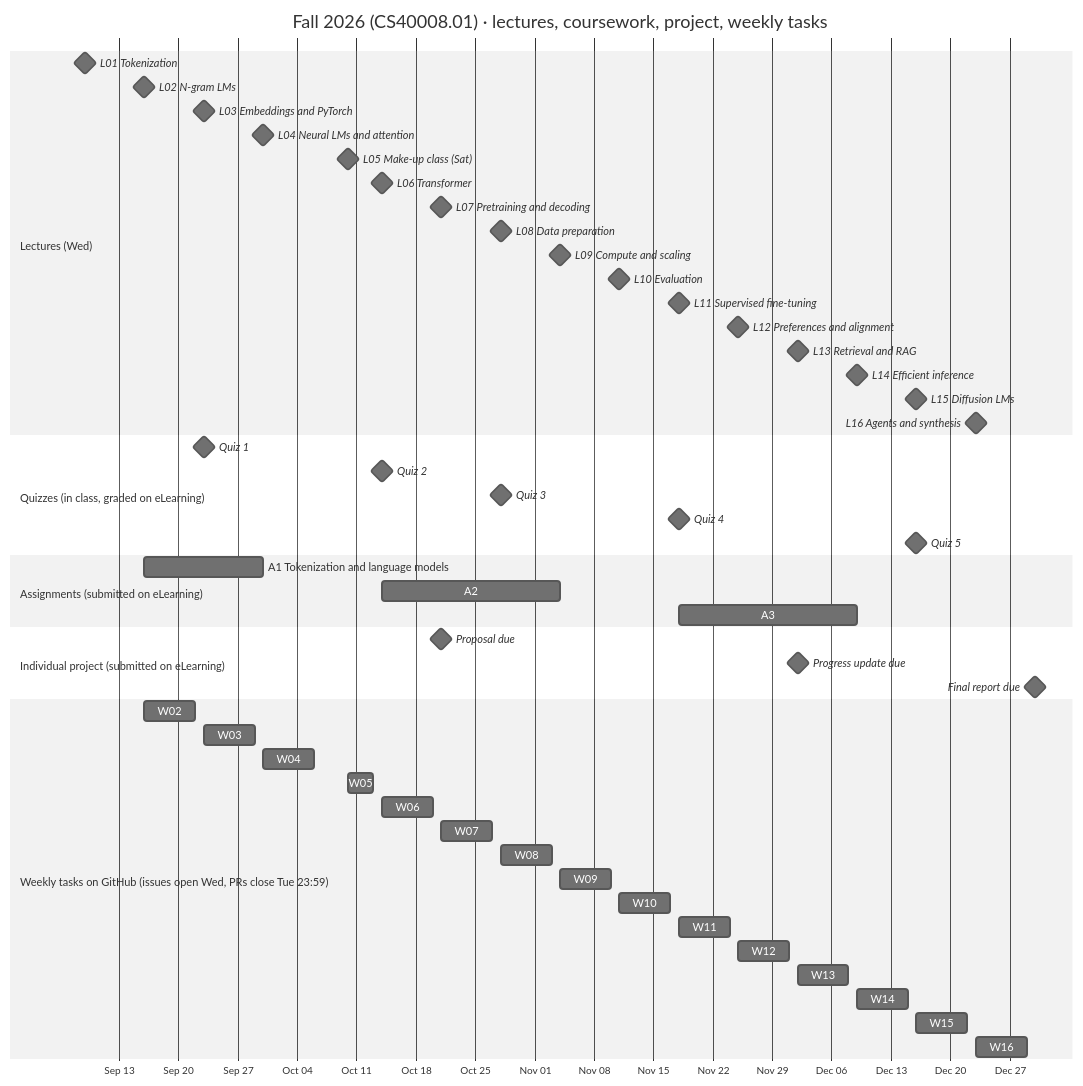
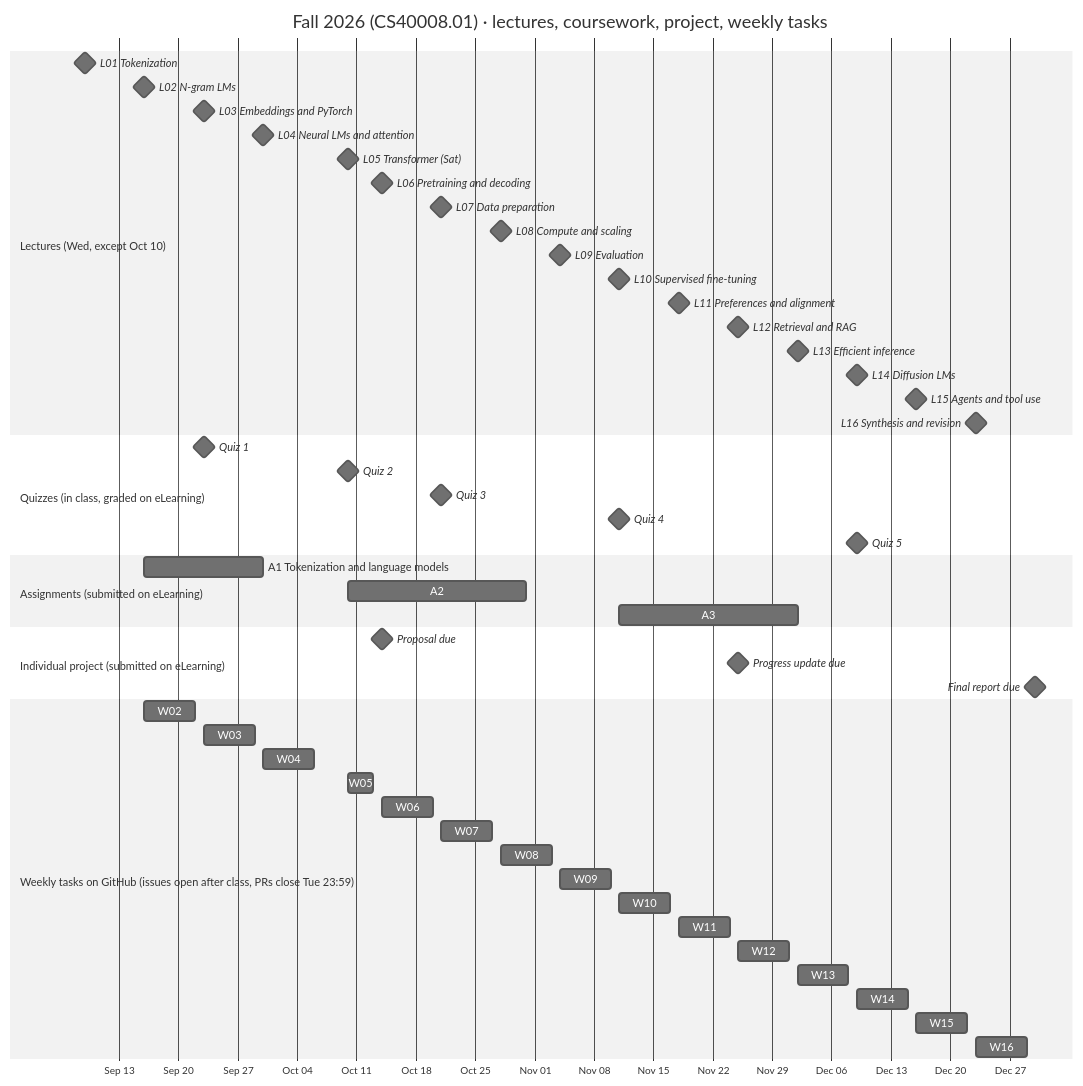
One commit to baojian/llm-26-fall changed the first of 3 diagrams in docs/participation-workflow.md. Above: the diagram before and after it, drawn with Mermaid (neutral theme). The commit also changed other lines of this file and 18 other files, not shown here.

````diff
--- a/docs/participation-workflow.md
+++ b/docs/participation-workflow.md
@@ -57,59 +57,59 @@
 ```mermaid
 gantt
     title Fall 2026 (CS40008.01) · lectures, coursework, project, weekly tasks
     dateFormat YYYY-MM-DD
     axisFormat %b %d
     todayMarker off
 
-    section Lectures (Wed)
+    section Lectures (Wed, except Oct 10)
     L01 Tokenization              :milestone, l01, 2026-09-09, 0d
     L02 N-gram LMs                :milestone, l02, 2026-09-16, 0d
     L03 Embeddings and PyTorch    :milestone, l03, 2026-09-23, 0d
     L04 Neural LMs and attention  :milestone, l04, 2026-09-30, 0d
-    L05 Make-up class (Sat)       :milestone, l05, 2026-10-10, 0d
-    L06 Transformer               :milestone, l06, 2026-10-14, 0d
-    L07 Pretraining and decoding  :milestone, l07, 2026-10-21, 0d
-    L08 Data preparation          :milestone, l08, 2026-10-28, 0d
-    L09 Compute and scaling       :milestone, l09, 2026-11-04, 0d
-    L10 Evaluation                :milestone, l10, 2026-11-11, 0d
-    L11 Supervised fine-tuning    :milestone, l11, 2026-11-18, 0d
-    L12 Preferences and alignment :milestone, l12, 2026-11-25, 0d
-    L13 Retrieval and RAG         :milestone, l13, 2026-12-02, 0d
-    L14 Efficient inference       :milestone, l14, 2026-12-09, 0d
-    L15 Diffusion LMs             :milestone, l15, 2026-12-16, 0d
-    L16 Agents and synthesis      :milestone, l16, 2026-12-23, 0d
+    L05 Transformer (Sat)         :milestone, l05, 2026-10-10, 0d
+    L06 Pretraining and decoding  :milestone, l06, 2026-10-14, 0d
+    L07 Data preparation          :milestone, l07, 2026-10-21, 0d
+    L08 Compute and scaling       :milestone, l08, 2026-10-28, 0d
+    L09 Evaluation                :milestone, l09, 2026-11-04, 0d
+    L10 Supervised fine-tuning    :milestone, l10, 2026-11-11, 0d
+    L11 Preferences and alignment :milestone, l11, 2026-11-18, 0d
+    L12 Retrieval and RAG         :milestone, l12, 2026-11-25, 0d
+    L13 Efficient inference       :milestone, l13, 2026-12-02, 0d
+    L14 Diffusion LMs             :milestone, l14, 2026-12-09, 0d
+    L15 Agents and tool use       :milestone, l15, 2026-12-16, 0d
+    L16 Synthesis and revision    :milestone, l16, 2026-12-23, 0d
 
     section Quizzes (in class, graded on eLearning)
     Quiz 1 :milestone, 2026-09-23, 0d
-    Quiz 2 :milestone, 2026-10-14, 0d
-    Quiz 3 :milestone, 2026-10-28, 0d
-    Quiz 4 :milestone, 2026-11-18, 0d
-    Quiz 5 :milestone, 2026-12-16, 0d
+    Quiz 2 :milestone, 2026-10-10, 0d
+    Quiz 3 :milestone, 2026-10-21, 0d
+    Quiz 4 :milestone, 2026-11-11, 0d
+    Quiz 5 :milestone, 2026-12-09, 0d
 
     section Assignments (submitted on eLearning)
     A1 Tokenization and language models :a1, 2026-09-16, 2026-09-30
-    A2                      :a2, 2026-10-14, 2026-11-04
-    A3                      :a3, 2026-11-18, 2026-12-09
+    A2                      :a2, 2026-10-10, 2026-10-31
+    A3                      :a3, 2026-11-11, 2026-12-02
 
     section Individual project (submitted on eLearning)
-    Proposal due        :milestone, 2026-10-21, 0d
-    Progress update due :milestone, 2026-12-02, 0d
+    Proposal due        :milestone, 2026-10-14, 0d
+    Progress update due :milestone, 2026-11-25, 0d
     Final report due    :milestone, 2026-12-30, 0d
 
-    section Weekly tasks on GitHub (issues open Wed, PRs close Tue 23:59)
+    section Weekly tasks on GitHub (issues open after class, PRs close Tue 23:59)
     W02 :t02, 2026-09-16, 2026-09-22
     W03 :t03, 2026-09-23, 2026-09-29
     W04 :t04, 2026-09-30, 2026-10-06
     W05 :t05, 2026-10-10, 2026-10-13
     W06 :t06, 2026-10-14, 2026-10-20
     W07 :t07, 2026-10-21, 2026-10-27
     W08 :t08, 2026-10-28, 2026-11-03
     W09 :t09, 2026-11-04, 2026-11-10
     W10 :t10, 2026-11-11, 2026-11-17
     W11 :t11, 2026-11-18, 2026-11-24
     W12 :t12, 2026-11-25, 2026-12-01
     W13 :t13, 2026-12-02, 2026-12-08
     W14 :t14, 2026-12-09, 2026-12-15
     W15 :t15, 2026-12-16, 2026-12-22
     W16 :t16, 2026-12-23, 2026-12-29
 ```
````
